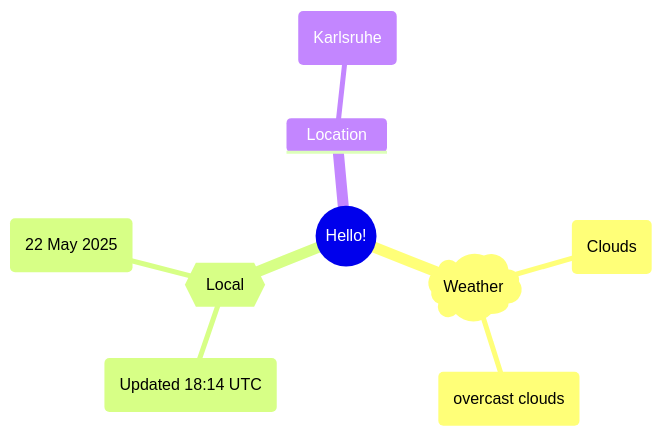
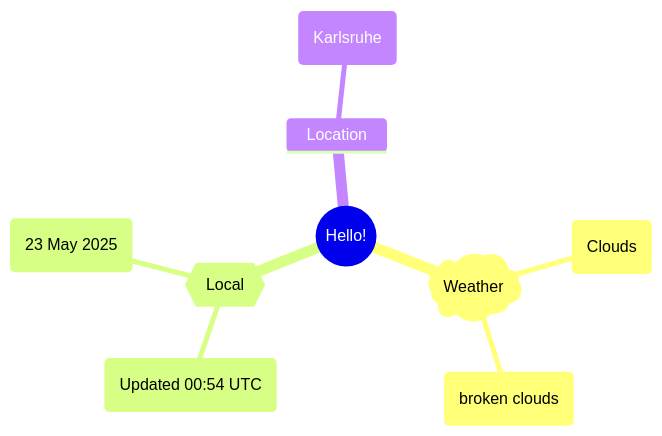
The first of 2 diagrams in README.md (Xosrov/Xosrov), drawn with Mermaid before and after one commit.

Commit message:
[bot] updated images

````diff
--- a/README.md
+++ b/README.md
@@ -3,12 +3,12 @@
 ```mermaid
 mindmap
   root((Hello!))
     )Weather(
         (Clouds)
-        (overcast clouds)
+        (broken clouds)
     {{Local}}
-        (Updated 18:14 UTC)
-        (22 May 2025)
+        (Updated 00:54 UTC)
+        (23 May 2025)
     Location
         (Karlsruhe)
 ```
````
